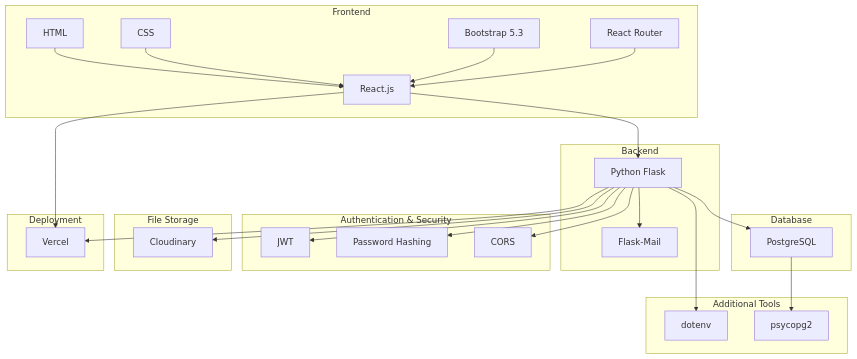
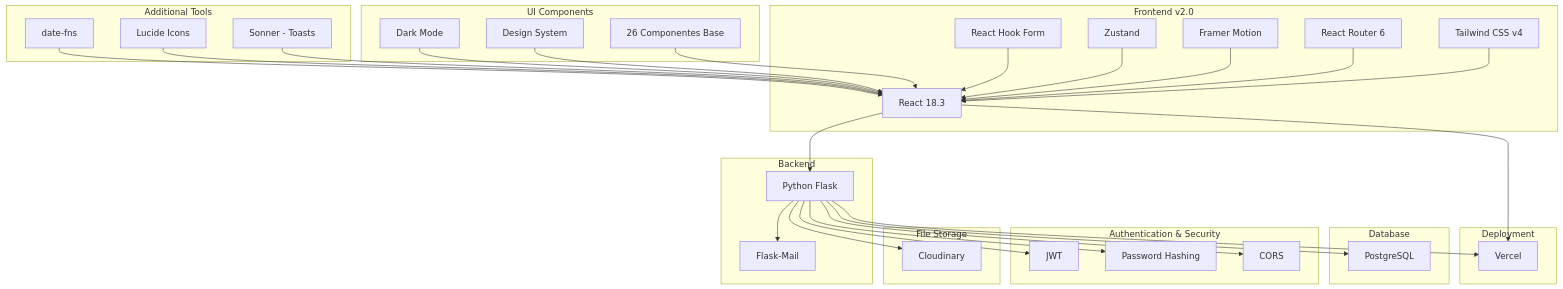
The diagram in README.md (maxdenuevo/FreelanceHub-front), drawn with Mermaid before and after one commit. The commit also changed other lines of this file and 99 other files, not shown here.

````diff
--- a/README.md
+++ b/README.md
@@ -11,54 +69,67 @@
 ```mermaid
 graph TD
-    subgraph "Frontend"
-        A[React.js]
-        B[Bootstrap 5.3]
-        C[React Router]
-        N[HTML]
-        O[CSS]
+    subgraph "Frontend v2.0"
+        A[React 18.3]
+        B[Tailwind CSS v4]
+        C[React Router 6]
+        D[Framer Motion]
+        E[Zustand]
+        F[React Hook Form]
+    end
+
+    subgraph "UI Components"
+        G[26 Componentes Base]
+        H[Design System]
+        I[Dark Mode]
     end
 
     subgraph "Backend"
-        D[Python Flask]
-        E[Flask-Mail]
+        J[Python Flask]
+        K[Flask-Mail]
     end
 
     subgraph "Database"
-        F[PostgreSQL]
+        L[PostgreSQL]
     end
 
     subgraph "Authentication & Security"
-        G[JWT]
-        H[Password Hashing]
-        I[CORS]
+        M[JWT]
+        N[Password Hashing]
+        O[CORS]
     end
 
     subgraph "File Storage"
-        J[Cloudinary]
+        P[Cloudinary]
     end
 
     subgraph "Deployment"
-        K[Vercel]
+        Q[Vercel]
     end
 
     subgraph "Additional Tools"
-        L[dotenv]
-        M[psycopg2]
+        R[Sonner - Toasts]
+        S[Lucide Icons]
+        T[date-fns]
     end
 
-    N --> A
-    O --> A
-    A --> D
+    A --> J
     B --> A
     C --> A
-    D --> F
-    D --> G
-    D --> H
-    D --> I
-    D --> J
-    D --> E
-    F --> M
-    D --> L
-    A --> K
-    D --> K
+    D --> A
+    E --> A
+    F --> A
+    G --> A
+    H --> A
+    I --> A
+    R --> A
+    S --> A
+    T --> A
+    J --> L
+    J --> M
+    J --> N
+    J --> O
+    J --> P
+    J --> K
+    A --> Q
+    J --> Q
 ```
````
